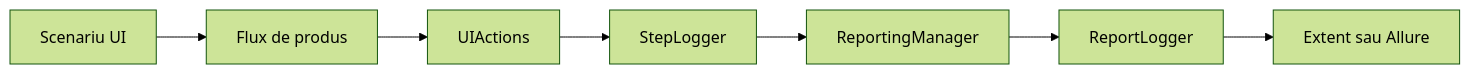
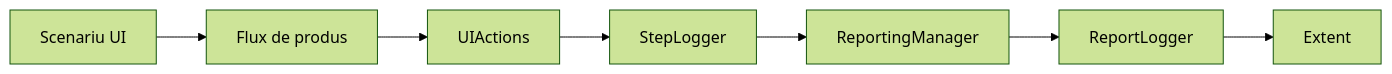
The second of 7 diagrams in docs/Living_Architecture_UI_API_doc_v1_0.md (crististefanita/ATF_AI), drawn with Mermaid (forest theme) before and after one commit. The commit also changed other lines of this file and 111 other files, not shown here.

````diff
--- a/docs/Living_Architecture_UI_API_doc_v1_0.md
+++ b/docs/Living_Architecture_UI_API_doc_v1_0.md
@@ -409,9 +409,9 @@
 ```mermaid
 flowchart LR
     Test["Scenariu UI"] --> Workflow["Flux de produs"]
     Workflow --> Actions["UIActions"]
     Actions --> Step["StepLogger"]
     Step --> Facade["ReportingManager"]
     Facade --> Logger["ReportLogger"]
-    Logger --> Backend["Extent sau Allure"]
+    Logger --> Backend["Extent"]
 ```
````
